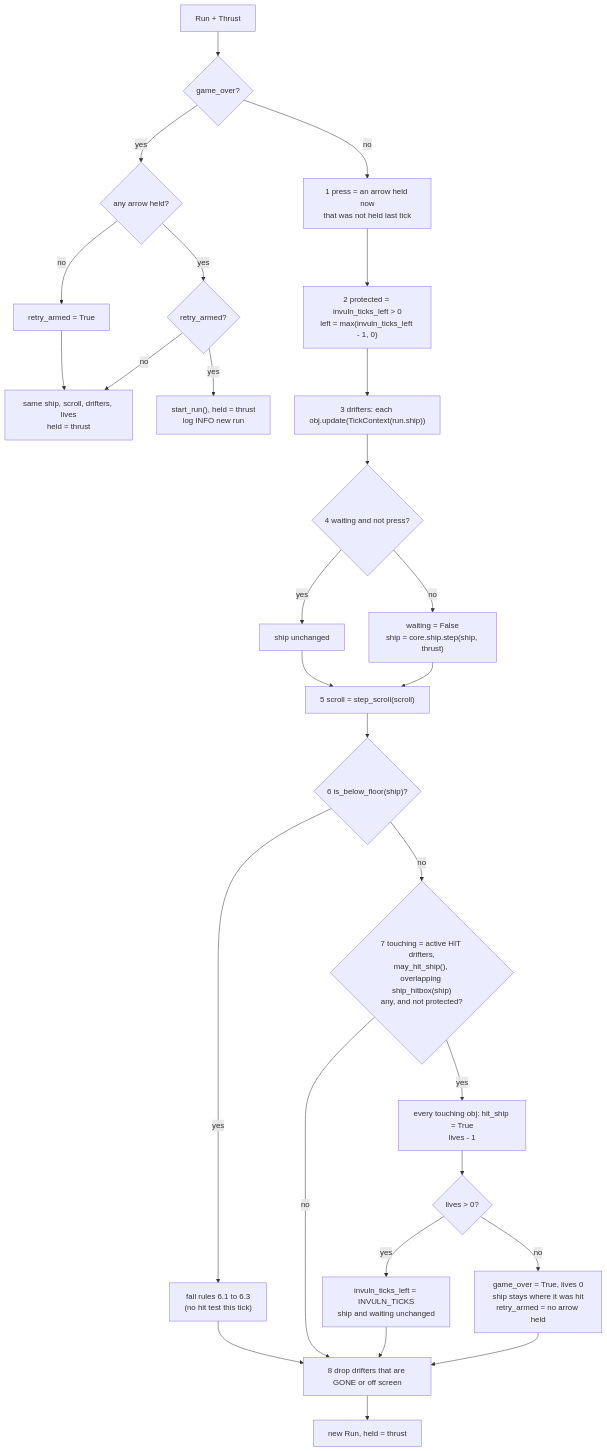
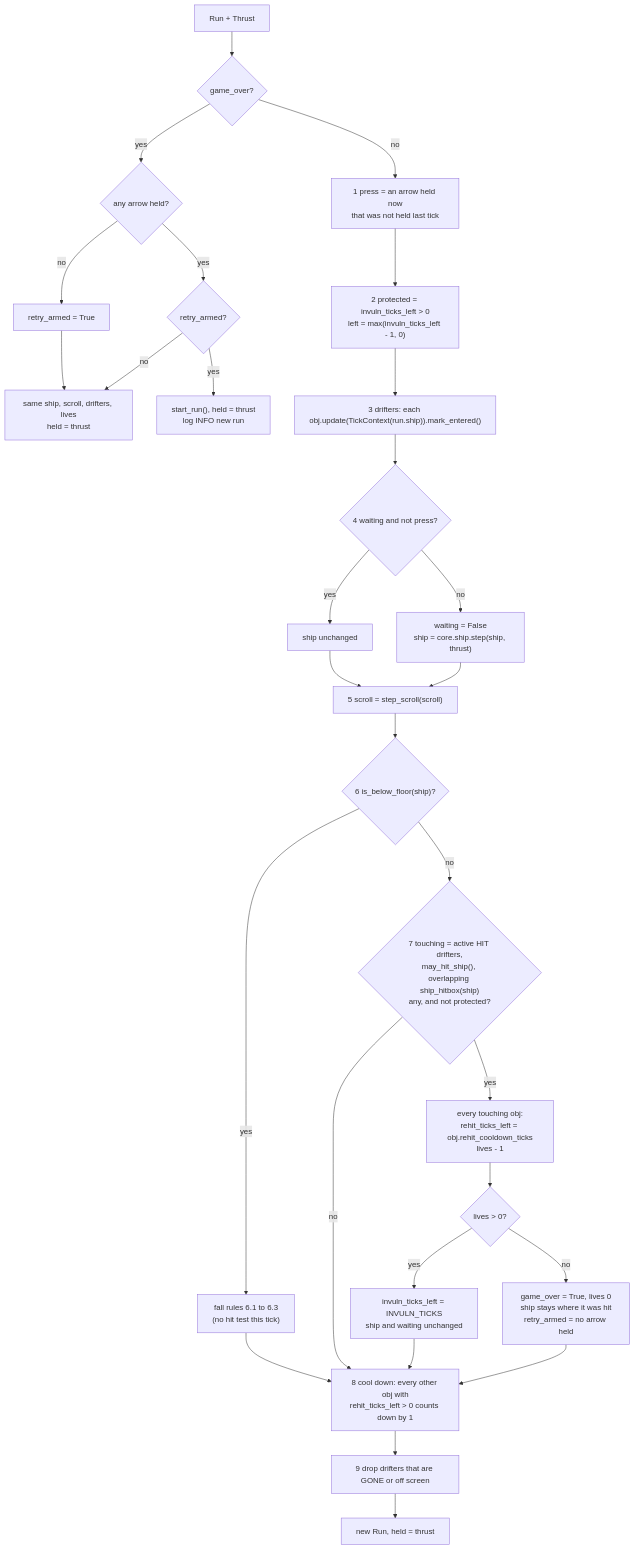
One commit to david-mntl/driftward-ace changed the second of 3 diagrams in docs/contracts/systems/run.md. Above: the diagram before and after it, drawn with Mermaid. The commit also changed other lines of this file and 13 other files, not shown here.

Commit message:
docs(contracts): add satellite, hazards and debug spawn list schemas, update drifters, run and app specs, add DRA-39 tasks

````diff
--- a/docs/contracts/systems/run.md
+++ b/docs/contracts/systems/run.md
@@ -38,29 +38,30 @@
 ```mermaid
 flowchart TD
   IN["Run + Thrust"] --> GO{"game_over?"}
   GO -- yes --> G1{"any arrow held?"}
   G1 -- no --> G2["retry_armed = True"] --> GOUT["same ship, scroll, drifters, lives<br/>held = thrust"]
   G1 -- yes --> G3{"retry_armed?"}
   G3 -- no --> GOUT
   G3 -- yes --> NEW["start_run(), held = thrust<br/>log INFO new run"]
   GO -- no --> P1["1 press = an arrow held now<br/>that was not held last tick"]
   P1 --> P2["2 protected = invuln_ticks_left > 0<br/>left = max(invuln_ticks_left - 1, 0)"]
-  P2 --> P3["3 drifters: each obj.update(TickContext(run.ship))"]
+  P2 --> P3["3 drifters: each obj.update(TickContext(run.ship)).mark_entered()"]
   P3 --> P4{"4 waiting and not press?"}
   P4 -- yes --> STAY["ship unchanged"]
   P4 -- no --> STEP["waiting = False<br/>ship = core.ship.step(ship, thrust)"]
   STAY --> P5["5 scroll = step_scroll(scroll)"]
   STEP --> P5
   P5 --> P6{"6 is_below_floor(ship)?"}
   P6 -- yes --> FALL["fall rules 6.1 to 6.3<br/>(no hit test this tick)"]
   P6 -- no --> P7{"7 touching = active HIT drifters,<br/>may_hit_ship(), overlapping ship_hitbox(ship)<br/>any, and not protected?"}
   P7 -- no --> P8
-  P7 -- yes --> H1["every touching obj: hit_ship = True<br/>lives - 1"]
+  P7 -- yes --> H1["every touching obj:<br/>rehit_ticks_left = obj.rehit_cooldown_ticks<br/>lives - 1"]
   H1 --> H2{"lives > 0?"}
   H2 -- yes --> HI["invuln_ticks_left = INVULN_TICKS<br/>ship and waiting unchanged"]
   H2 -- no --> HG["game_over = True, lives 0<br/>ship stays where it was hit<br/>retry_armed = no arrow held"]
-  FALL --> P8["8 drop drifters that are GONE or off screen"]
+  FALL --> P8["8 cool down: every other obj with<br/>rehit_ticks_left > 0 counts down by 1"]
   HI --> P8
   HG --> P8
-  P8 --> OUT["new Run, held = thrust"]
+  P8 --> P9["9 drop drifters that are GONE or off screen"]
+  P9 --> OUT["new Run, held = thrust"]
 ```
````
